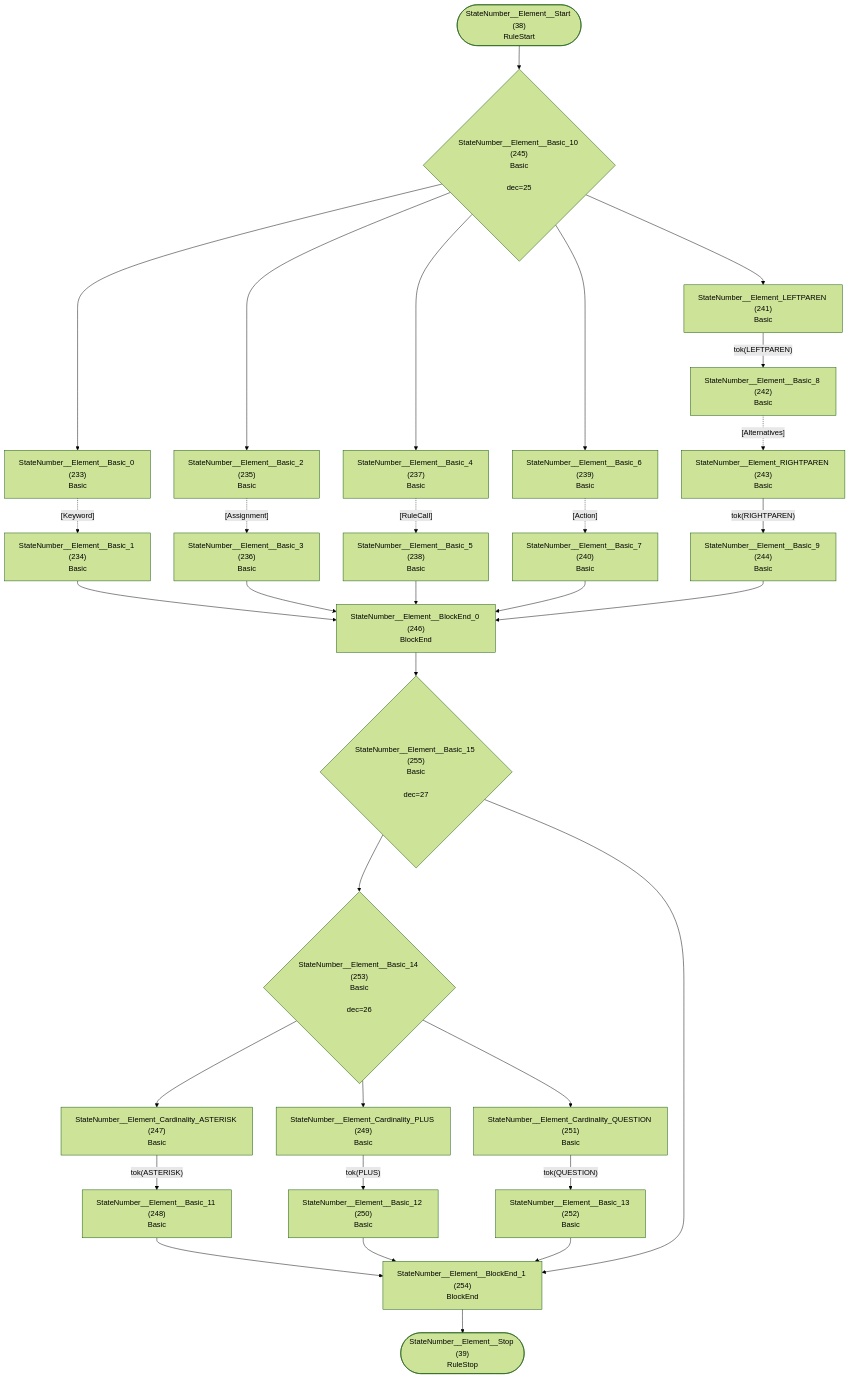
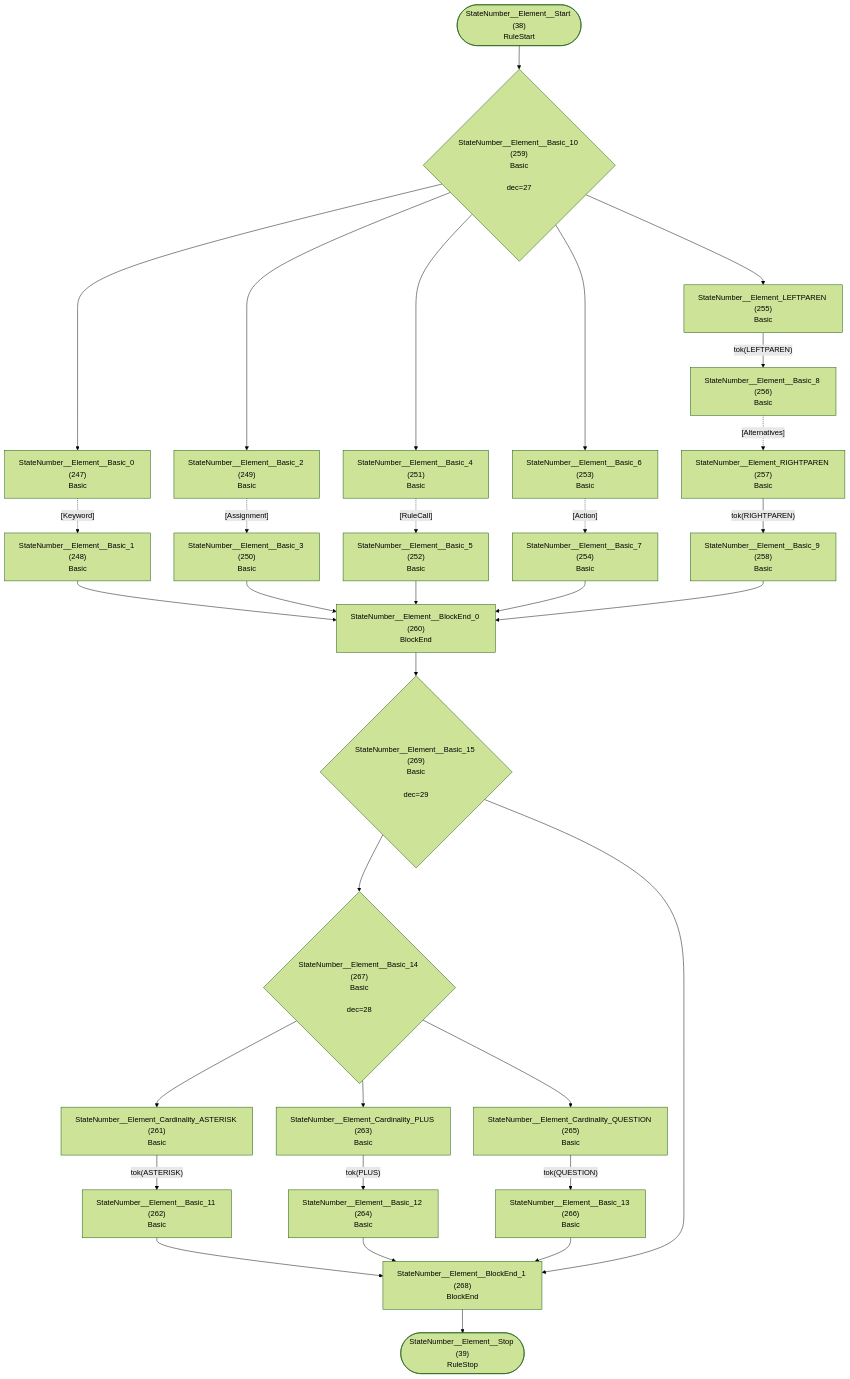
Before and after one commit to TypeFox/fastbelt: diagram 20 of 32 in internal/grammar/atn.md, drawn with Mermaid (forest theme). The commit also changed other lines of this file and 21 other files, not shown here.

````diff
--- a/internal/grammar/atn.md
+++ b/internal/grammar/atn.md
@@ -566,60 +598,60 @@
 ```mermaid
 flowchart TD
     q38(["StateNumber__Element__Start (38)<br/>RuleStart"])
     q39(["StateNumber__Element__Stop (39)<br/>RuleStop"])
-    q233["StateNumber__Element__Basic_0 (233)<br/>Basic<br/>"]
-    q234["StateNumber__Element__Basic_1 (234)<br/>Basic<br/>"]
-    q235["StateNumber__Element__Basic_2 (235)<br/>Basic<br/>"]
-    q236["StateNumber__Element__Basic_3 (236)<br/>Basic<br/>"]
-    q237["StateNumber__Element__Basic_4 (237)<br/>Basic<br/>"]
-    q238["StateNumber__Element__Basic_5 (238)<br/>Basic<br/>"]
-    q239["StateNumber__Element__Basic_6 (239)<br/>Basic<br/>"]
-    q240["StateNumber__Element__Basic_7 (240)<br/>Basic<br/>"]
-    q241["StateNumber__Element_LEFTPAREN (241)<br/>Basic<br/>"]
-    q242["StateNumber__Element__Basic_8 (242)<br/>Basic<br/>"]
-    q243["StateNumber__Element_RIGHTPAREN (243)<br/>Basic<br/>"]
-    q244["StateNumber__Element__Basic_9 (244)<br/>Basic<br/>"]
-    q245{"StateNumber__Element__Basic_10 (245)<br/>Basic<br/><br/>dec=25"}
-    q246["StateNumber__Element__BlockEnd_0 (246)<br/>BlockEnd<br/>"]
-    q247["StateNumber__Element_Cardinality_ASTERISK (247)<br/>Basic<br/>"]
-    q248["StateNumber__Element__Basic_11 (248)<br/>Basic<br/>"]
-    q249["StateNumber__Element_Cardinality_PLUS (249)<br/>Basic<br/>"]
-    q250["StateNumber__Element__Basic_12 (250)<br/>Basic<br/>"]
-    q251["StateNumber__Element_Cardinality_QUESTION (251)<br/>Basic<br/>"]
-    q252["StateNumber__Element__Basic_13 (252)<br/>Basic<br/>"]
-    q253{"StateNumber__Element__Basic_14 (253)<br/>Basic<br/><br/>dec=26"}
-    q254["StateNumber__Element__BlockEnd_1 (254)<br/>BlockEnd<br/>"]
-    q255{"StateNumber__Element__Basic_15 (255)<br/>Basic<br/><br/>dec=27"}
+    q247["StateNumber__Element__Basic_0 (247)<br/>Basic<br/>"]
+    q248["StateNumber__Element__Basic_1 (248)<br/>Basic<br/>"]
+    q249["StateNumber__Element__Basic_2 (249)<br/>Basic<br/>"]
+    q250["StateNumber__Element__Basic_3 (250)<br/>Basic<br/>"]
+    q251["StateNumber__Element__Basic_4 (251)<br/>Basic<br/>"]
+    q252["StateNumber__Element__Basic_5 (252)<br/>Basic<br/>"]
+    q253["StateNumber__Element__Basic_6 (253)<br/>Basic<br/>"]
+    q254["StateNumber__Element__Basic_7 (254)<br/>Basic<br/>"]
+    q255["StateNumber__Element_LEFTPAREN (255)<br/>Basic<br/>"]
+    q256["StateNumber__Element__Basic_8 (256)<br/>Basic<br/>"]
+    q257["StateNumber__Element_RIGHTPAREN (257)<br/>Basic<br/>"]
+    q258["StateNumber__Element__Basic_9 (258)<br/>Basic<br/>"]
+    q259{"StateNumber__Element__Basic_10 (259)<br/>Basic<br/><br/>dec=27"}
+    q260["StateNumber__Element__BlockEnd_0 (260)<br/>BlockEnd<br/>"]
+    q261["StateNumber__Element_Cardinality_ASTERISK (261)<br/>Basic<br/>"]
+    q262["StateNumber__Element__Basic_11 (262)<br/>Basic<br/>"]
+    q263["StateNumber__Element_Cardinality_PLUS (263)<br/>Basic<br/>"]
+    q264["StateNumber__Element__Basic_12 (264)<br/>Basic<br/>"]
+    q265["StateNumber__Element_Cardinality_QUESTION (265)<br/>Basic<br/>"]
+    q266["StateNumber__Element__Basic_13 (266)<br/>Basic<br/>"]
+    q267{"StateNumber__Element__Basic_14 (267)<br/>Basic<br/><br/>dec=28"}
+    q268["StateNumber__Element__BlockEnd_1 (268)<br/>BlockEnd<br/>"]
+    q269{"StateNumber__Element__Basic_15 (269)<br/>Basic<br/><br/>dec=29"}
 
-    q38 --> q245
-    q233 -.->|"[Keyword]"| q234
-    q234 --> q246
-    q235 -.->|"[Assignment]"| q236
-    q236 --> q246
-    q237 -.->|"[RuleCall]"| q238
-    q238 --> q246
-    q239 -.->|"[Action]"| q240
-    q240 --> q246
-    q241 -->|"tok(LEFTPAREN)"| q242
-    q242 -.->|"[Alternatives]"| q243
-    q243 -->|"tok(RIGHTPAREN)"| q244
-    q244 --> q246
-    q245 --> q233
-    q245 --> q235
-    q245 --> q237
-    q245 --> q239
-    q245 --> q241
-    q246 --> q255
-    q247 -->|"tok(ASTERISK)"| q248
-    q248 --> q254
-    q249 -->|"tok(PLUS)"| q250
-    q250 --> q254
-    q251 -->|"tok(QUESTION)"| q252
-    q252 --> q254
-    q253 --> q247
-    q253 --> q249
-    q253 --> q251
-    q254 --> q39
-    q255 --> q253
-    q255 --> q254
+    q38 --> q259
+    q247 -.->|"[Keyword]"| q248
+    q248 --> q260
+    q249 -.->|"[Assignment]"| q250
+    q250 --> q260
+    q251 -.->|"[RuleCall]"| q252
+    q252 --> q260
+    q253 -.->|"[Action]"| q254
+    q254 --> q260
+    q255 -->|"tok(LEFTPAREN)"| q256
+    q256 -.->|"[Alternatives]"| q257
+    q257 -->|"tok(RIGHTPAREN)"| q258
+    q258 --> q260
+    q259 --> q247
+    q259 --> q249
+    q259 --> q251
+    q259 --> q253
+    q259 --> q255
+    q260 --> q269
+    q261 -->|"tok(ASTERISK)"| q262
+    q262 --> q268
+    q263 -->|"tok(PLUS)"| q264
+    q264 --> q268
+    q265 -->|"tok(QUESTION)"| q266
+    q266 --> q268
+    q267 --> q261
+    q267 --> q263
+    q267 --> q265
+    q268 --> q39
+    q269 --> q267
+    q269 --> q268
 ```
````
